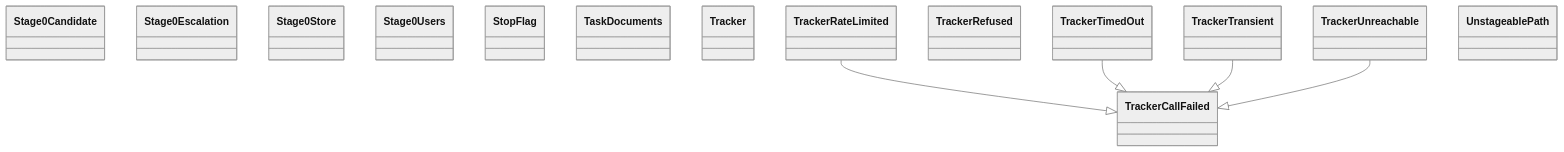
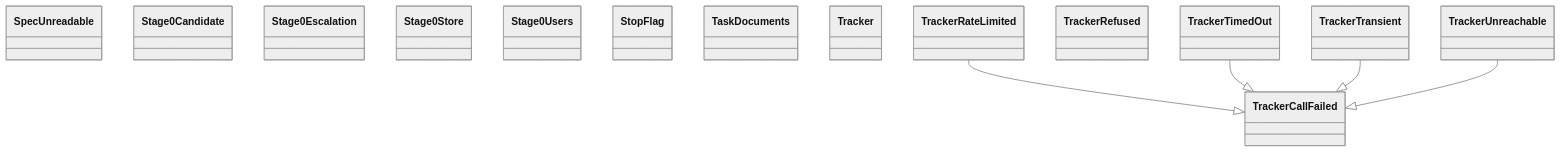
Before and after one commit to GonzaloZevallos/agentic-system: the diagram in docs/architecture/generated/classes-process-application-support-6.md, drawn with Mermaid (neutral theme). The commit also changed other lines of this file and 8 other files, not shown here.

Commit message:
Regenerate the architecture and CLI reference pages

````diff
--- a/docs/architecture/generated/classes-process-application-support-6.md
+++ b/docs/architecture/generated/classes-process-application-support-6.md
@@ -19,21 +19,21 @@
 ```mermaid
 classDiagram
+    class ports__SpecUnreadable["SpecUnreadable"]
     class ports__Stage0Candidate["Stage0Candidate"]
     class ports__Stage0Escalation["Stage0Escalation"]
     class ports__Stage0Store["Stage0Store"]
     class ports__Stage0Users["Stage0Users"]
     class ports__StopFlag["StopFlag"]
     class ports__TaskDocuments["TaskDocuments"]
     class ports__Tracker["Tracker"]
     class ports__TrackerCallFailed["TrackerCallFailed"]
     class ports__TrackerRateLimited["TrackerRateLimited"]
     class ports__TrackerRefused["TrackerRefused"]
     class ports__TrackerTimedOut["TrackerTimedOut"]
     class ports__TrackerTransient["TrackerTransient"]
     class ports__TrackerUnreachable["TrackerUnreachable"]
-    class ports__UnstageablePath["UnstageablePath"]
     ports__TrackerRateLimited --|> ports__TrackerCallFailed
     ports__TrackerTimedOut --|> ports__TrackerCallFailed
     ports__TrackerTransient --|> ports__TrackerCallFailed
     ports__TrackerUnreachable --|> ports__TrackerCallFailed
 ```
````
